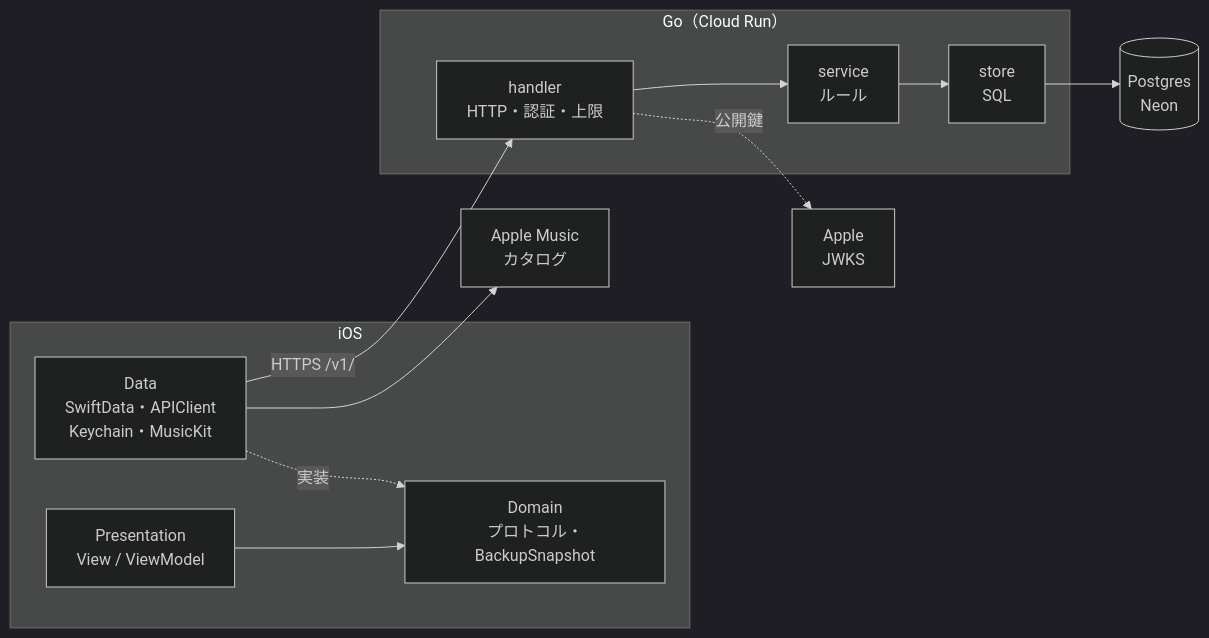
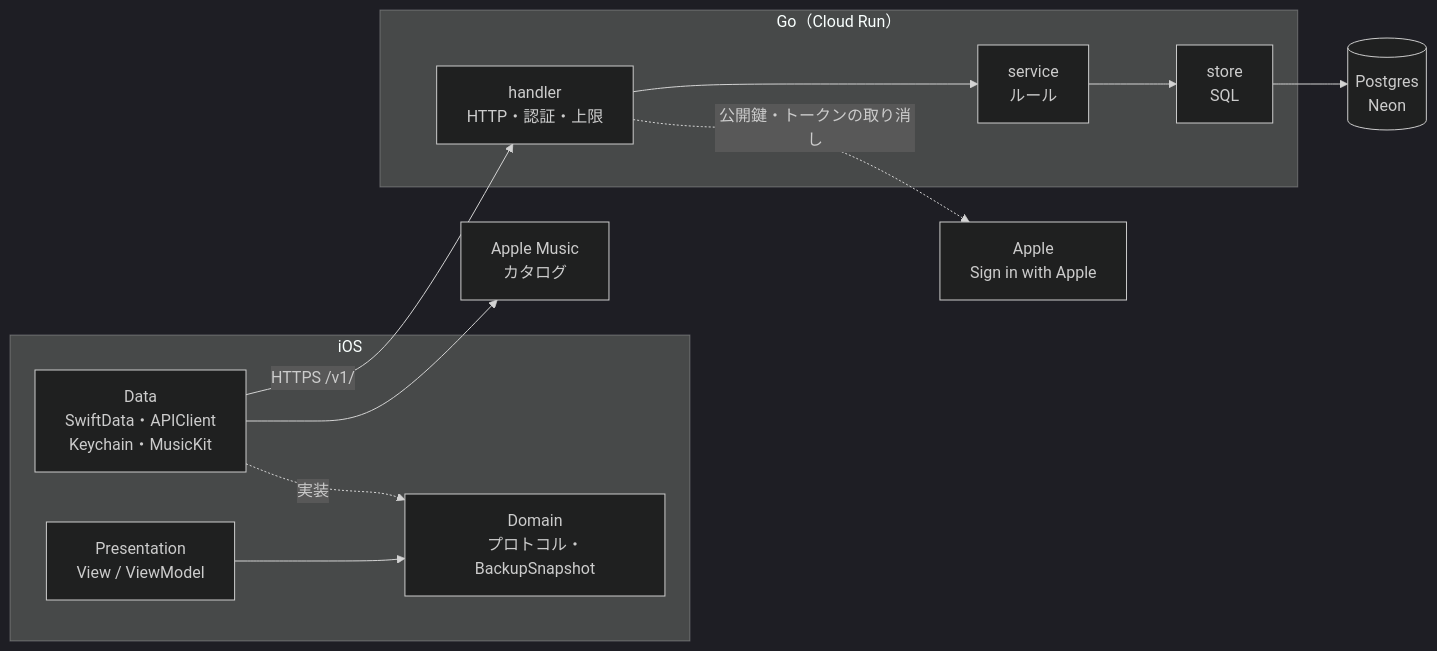
One commit to omomi-moti/Karaoke_support changed the first of 2 diagrams in docs/backend_design.md. Above: the diagram before and after it, drawn with Mermaid (dark theme). The commit also changed other lines of this file and 6 other files, not shown here.

````diff
--- a/docs/backend_design.md
+++ b/docs/backend_design.md
@@ -54,20 +52,20 @@
 ```mermaid
 flowchart LR
     subgraph iOS
         P["Presentation<br>View / ViewModel"]
         D["Domain<br>プロトコル・BackupSnapshot"]
         DA["Data<br>SwiftData・APIClient<br>Keychain・MusicKit"]
         P --> D
         DA -. 実装 .-> D
     end
     subgraph Server["Go（Cloud Run）"]
         H["handler<br>HTTP・認証・上限"]
         S["service<br>ルール"]
         ST["store<br>SQL"]
         H --> S --> ST
     end
     DA -- "HTTPS /v1/" --> H
     ST --> PG[("Postgres<br>Neon")]
-    H -. 公開鍵 .-> AP["Apple<br>JWKS"]
+    H -. 公開鍵・トークンの取り消し .-> AP["Apple<br>Sign in with Apple"]
     DA --> AM["Apple Music<br>カタログ"]
 ```
````
